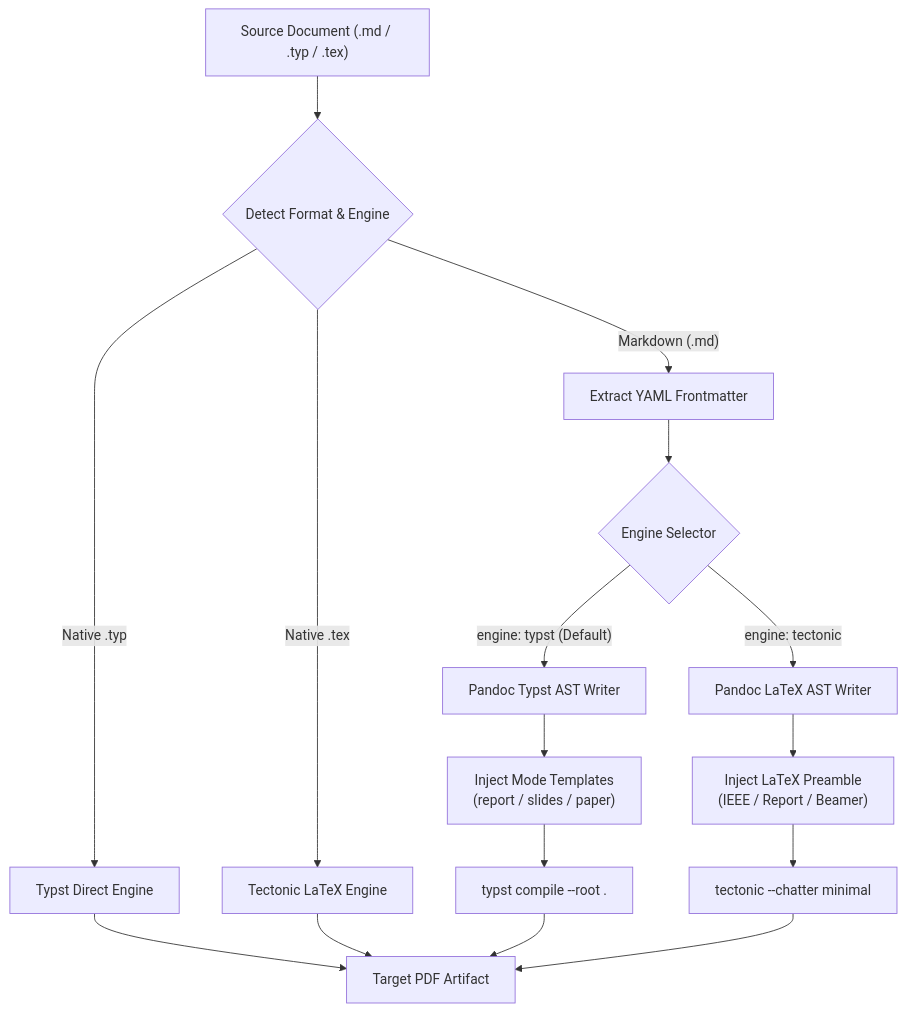
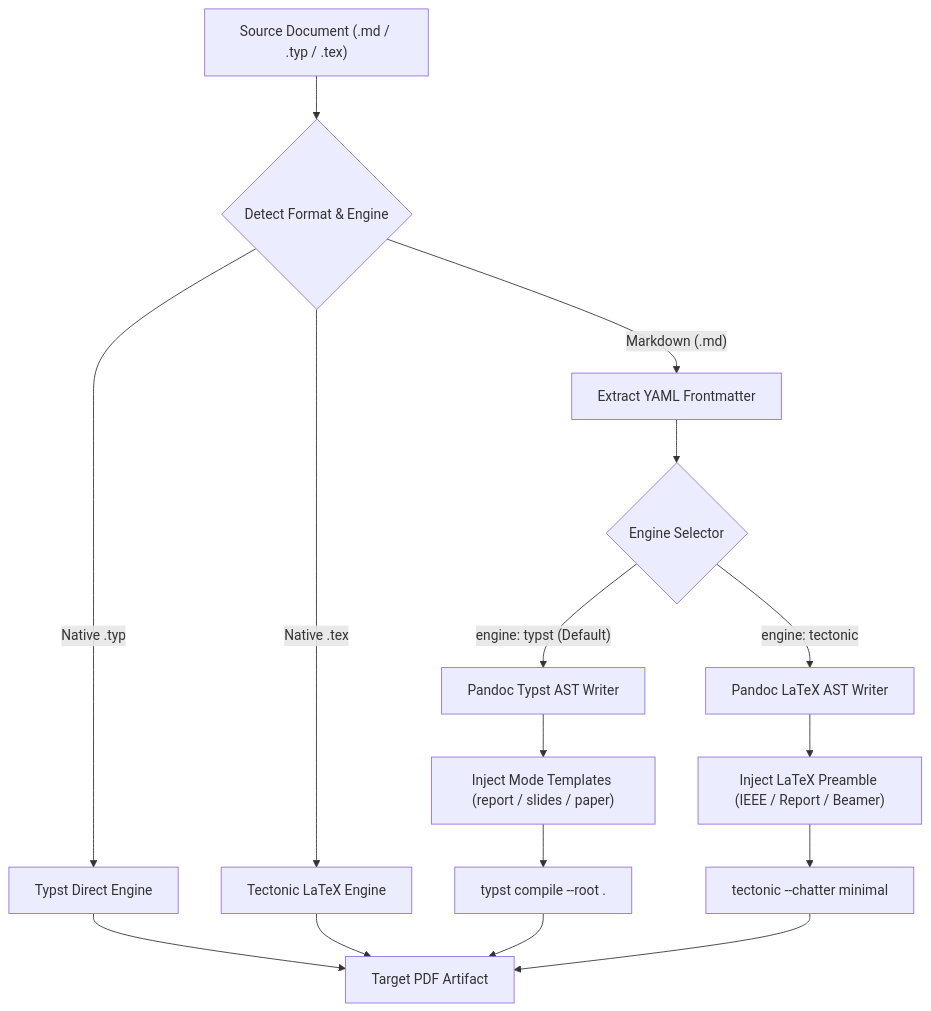
The first of 2 diagrams in docs/architecture.md (SpanishSyntax/Snowpack), drawn with Mermaid before and after one commit. The commit also changed other lines of this file and 1 other file, not shown here.

Commit message:
fix(docs): use safe DOM textContent Mermaid rendering and sanitize diagram labels

````diff
--- a/docs/architecture.md
+++ b/docs/architecture.md
@@ -11,24 +11,24 @@
 ```mermaid
 flowchart TD
     Input["Source Document (.md / .typ / .tex)"] --> Detect{"Detect Format & Engine"}
     
     Detect -->|"Native .typ"| TypstDirect["Typst Direct Engine"]
     Detect -->|"Native .tex"| TectonicDirect["Tectonic LaTeX Engine"]
     
     Detect -->|"Markdown (.md)"| Frontmatter["Extract YAML Frontmatter"]
     Frontmatter --> RouteEngine{"Engine Selector"}
     
     RouteEngine -->|"engine: typst (Default)"| PandocAST["Pandoc Typst AST Writer"]
     RouteEngine -->|"engine: tectonic"| PandocTeX["Pandoc LaTeX AST Writer"]
     
-    PandocAST --> ApplyTypst["Inject Mode Templates\n(report / slides / paper)"]
+    PandocAST --> ApplyTypst["Inject Mode Templates (report / slides / paper)"]
     ApplyTypst --> TypstCompile["typst compile --root ."]
     
-    PandocTeX --> ApplyTeX["Inject LaTeX Preamble\n(IEEE / Report / Beamer)"]
+    PandocTeX --> ApplyTeX["Inject LaTeX Preamble (IEEE / Report / Beamer)"]
     ApplyTeX --> TectonicCompile["tectonic --chatter minimal"]
     
     TypstDirect --> OutputPDF["Target PDF Artifact"]
     TectonicDirect --> OutputPDF
     TypstCompile --> OutputPDF
     TectonicCompile --> OutputPDF
 ```
````
